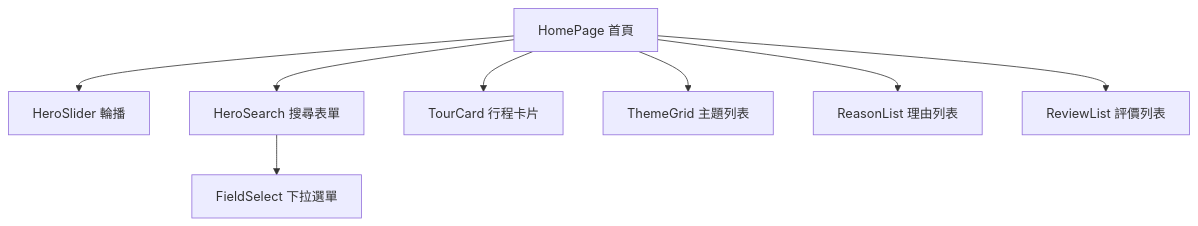
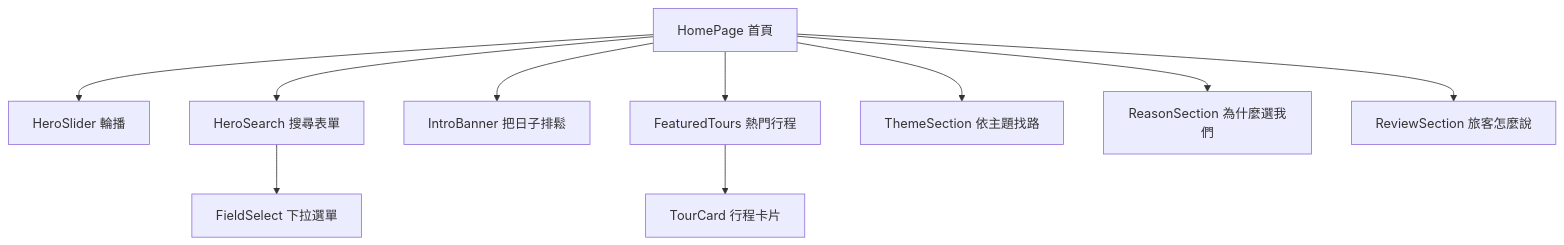
The fifth of 12 diagrams in source/_posts/lokiTech-15day-12-project-travel.md (summer10920/summer10920.github.io), drawn with Mermaid before and after one commit. The commit also changed other lines of this file and 1 other file, not shown here.

```diff
--- a/source/_posts/lokiTech-15day-12-project-travel.md
+++ b/source/_posts/lokiTech-15day-12-project-travel.md
@@ -1592,9 +1592,11 @@
 {% mermaid graph TD %}
   page["HomePage 首頁"] --> slider["HeroSlider 輪播"]
   page --> search["HeroSearch 搜尋表單"]
-  page --> card["TourCard 行程卡片"]
-  page --> themes["ThemeGrid 主題列表"]
-  page --> reasons["ReasonList 理由列表"]
-  page --> reviews["ReviewList 評價列表"]
+  page --> intro["IntroBanner 把日子排鬆"]
+  page --> featured["FeaturedTours 熱門行程"]
+  page --> themes["ThemeSection 依主題找路"]
+  page --> reasons["ReasonSection 為什麼選我們"]
+  page --> reviews["ReviewSection 旅客怎麼說"]
   search --> field["FieldSelect 下拉選單"]
+  featured --> card["TourCard 行程卡片"]
 {% endmermaid %}
```
